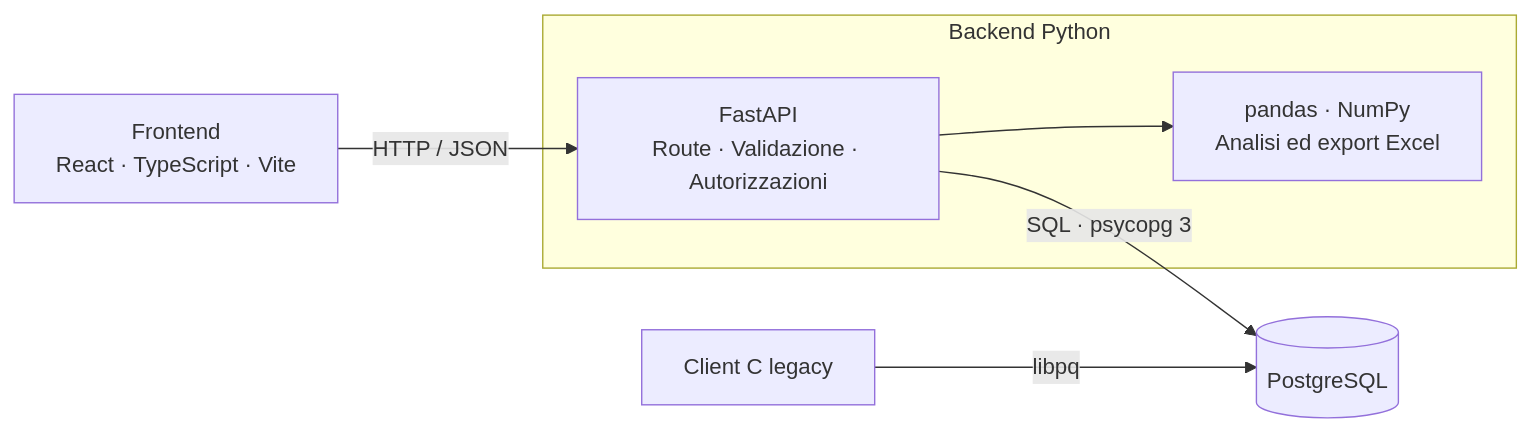
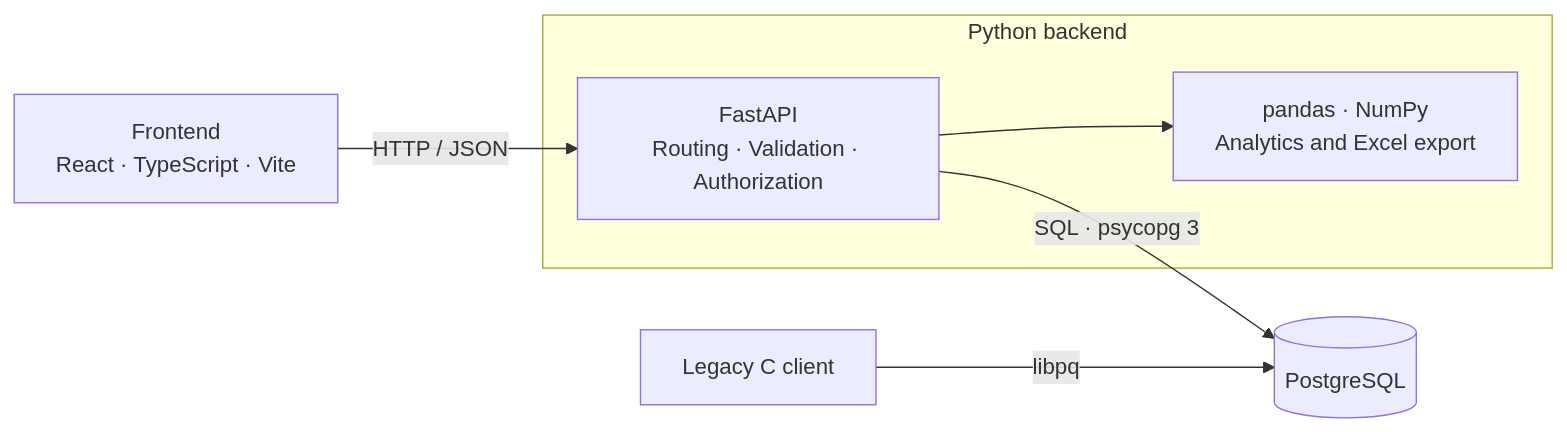
The diagram in README.md (hipietro/ecofleet-solutions-db), drawn with Mermaid before and after one commit. The commit also changed other lines of this file, not shown here.

````diff
--- a/README.md
+++ b/README.md
@@ -57,9 +57,9 @@
 ```mermaid
 flowchart LR
     WEB["Frontend<br>React · TypeScript · Vite"] -->|HTTP / JSON| API
-    subgraph BACKEND["Backend Python"]
-        API["FastAPI<br>Route · Validazione · Autorizzazioni"] --> ANALYTICS["pandas · NumPy<br>Analisi ed export Excel"]
+    subgraph BACKEND["Python backend"]
+        API["FastAPI<br>Routing · Validation · Authorization"] --> ANALYTICS["pandas · NumPy<br>Analytics and Excel export"]
     end
     API -->|SQL · psycopg 3| DB[(PostgreSQL)]
-    CLI["Client C legacy"] -->|libpq| DB
+    CLI["Legacy C client"] -->|libpq| DB
 ```
````
